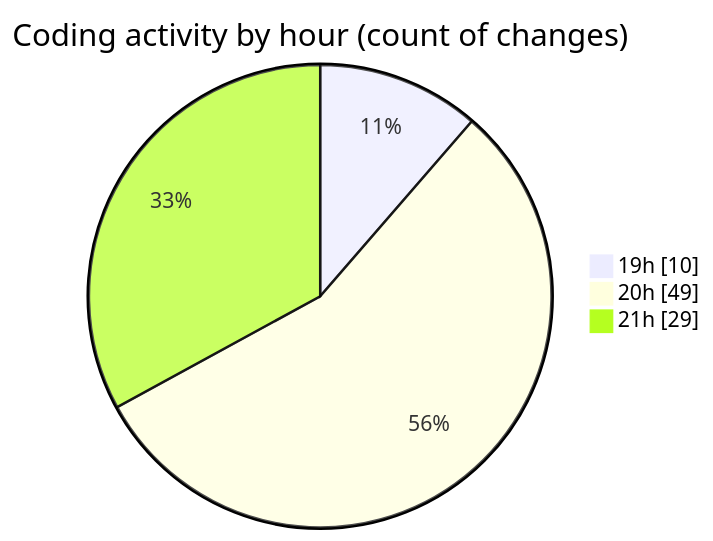
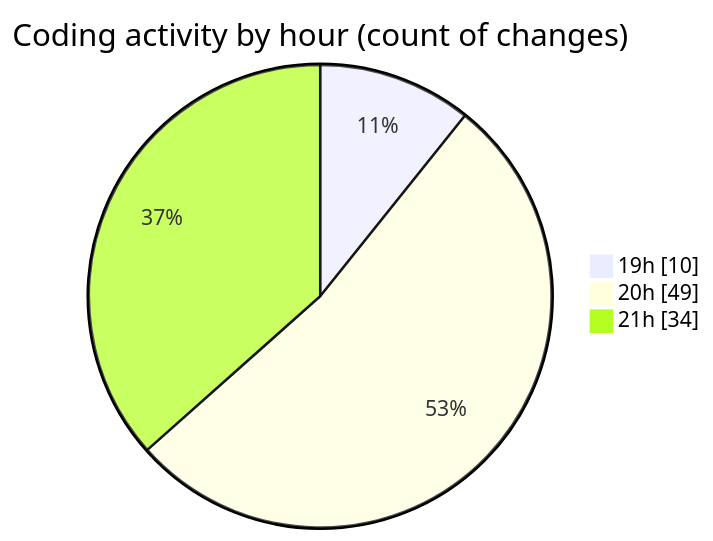
Before and after one commit to charlie-sans/code-tracking: the second of 2 diagrams in 2025-01-28/trollerboard/README.md, drawn with Mermaid. The commit also changed other lines of this file and 1 other file, not shown here.

````diff
--- a/2025-01-28/trollerboard/README.md
+++ b/2025-01-28/trollerboard/README.md
@@ -42,7 +43,7 @@
 ```mermaid
 pie showData
 title Coding activity by hour (count of changes)
 "19h" : 10
 "20h" : 49
-"21h" : 29
+"21h" : 34
 ```
````
